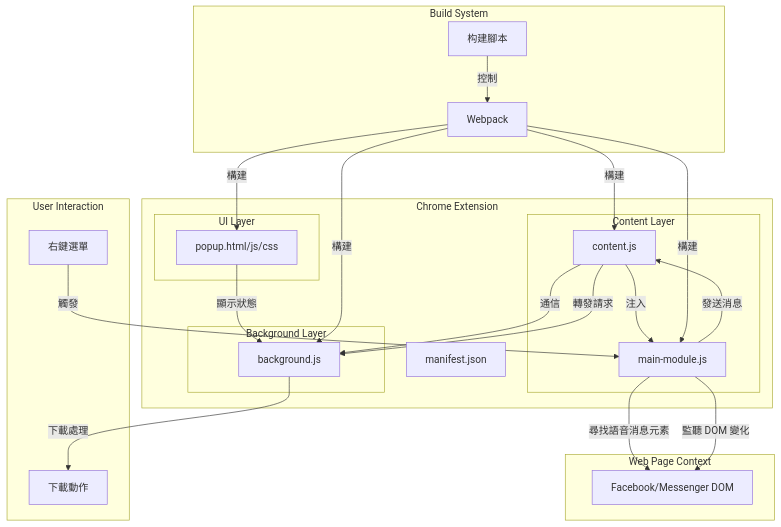
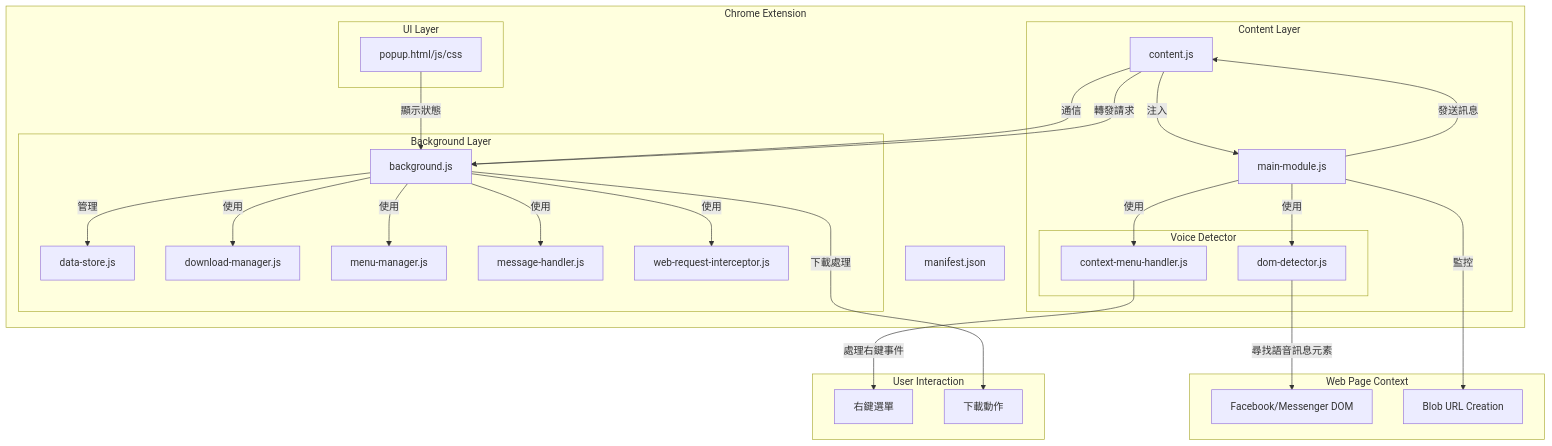
One commit to linporu/facebook-messenger-voice-message-download changed the diagram in docs/architecture.md. Above: the diagram before and after it, drawn with Mermaid. The commit also changed other lines of this file and 3 other files, not shown here.

Commit message:
docs(architecture): replace outdated docs with new architecture.md

````diff
--- a/docs/architecture.md
+++ b/docs/architecture.md
@@ -9,48 +9,60 @@
 ```mermaid
 flowchart TB
     subgraph "Chrome Extension"
         manifest[manifest.json]
         
         subgraph "Background Layer"
             background[background.js]
+            dataStore[data-store.js]
+            downloadManager[download-manager.js]
+            menuManager[menu-manager.js]
+            messageHandler[message-handler.js]
+            webRequestInterceptor[web-request-interceptor.js]
         end
         
         subgraph "Content Layer"
             content[content.js]
             mainModule[main-module.js]
+            subgraph "Voice Detector"
+                domDetector[dom-detector.js]
+                contextMenuHandler[context-menu-handler.js]
+            end
         end
         
         subgraph "UI Layer"
             popup[popup.html/js/css]
         end
     end
     
     subgraph "Web Page Context"
         facebookDOM[Facebook/Messenger DOM]
+        blobCreation[Blob URL Creation]
     end
     
     subgraph "User Interaction"
         rightClick[右鍵選單]
         downloadAction[下載動作]
     end
-    
-    subgraph "Build System"
-        webpack[Webpack]
-        scripts[构建腳本]
-    end
 
     content -- "注入" --> mainModule
     content -- "通信" --> background
-    mainModule -- "尋找語音消息元素" --> facebookDOM
-    mainModule -- "監聽 DOM 變化" --> facebookDOM
-    rightClick -- "觸發" --> mainModule
-    mainModule -- "發送消息" --> content
+    
+    background -- "管理" --> dataStore
+    background -- "使用" --> downloadManager
+    background -- "使用" --> menuManager
+    background -- "使用" --> messageHandler
+    background -- "使用" --> webRequestInterceptor
+    
+    mainModule -- "使用" --> domDetector
+    mainModule -- "使用" --> contextMenuHandler
+    mainModule -- "監控" --> blobCreation
+    
+    domDetector -- "尋找語音訊息元素" --> facebookDOM
+    contextMenuHandler -- "處理右鍵事件" --> rightClick
+    
+    mainModule -- "發送訊息" --> content
     content -- "轉發請求" --> background
+    
     background -- "下載處理" --> downloadAction
     popup -- "顯示狀態" --> background
-    webpack -- "構建" --> content
-    webpack -- "構建" --> background
-    webpack -- "構建" --> popup
-    webpack -- "構建" --> mainModule
-    scripts -- "控制" --> webpack
 ```
````
